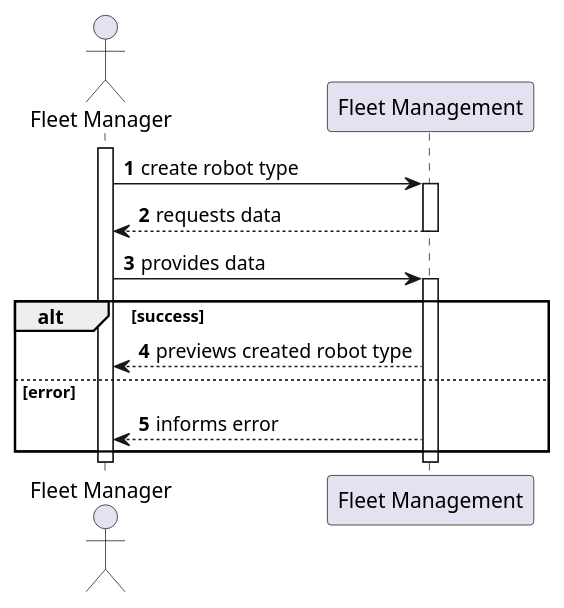
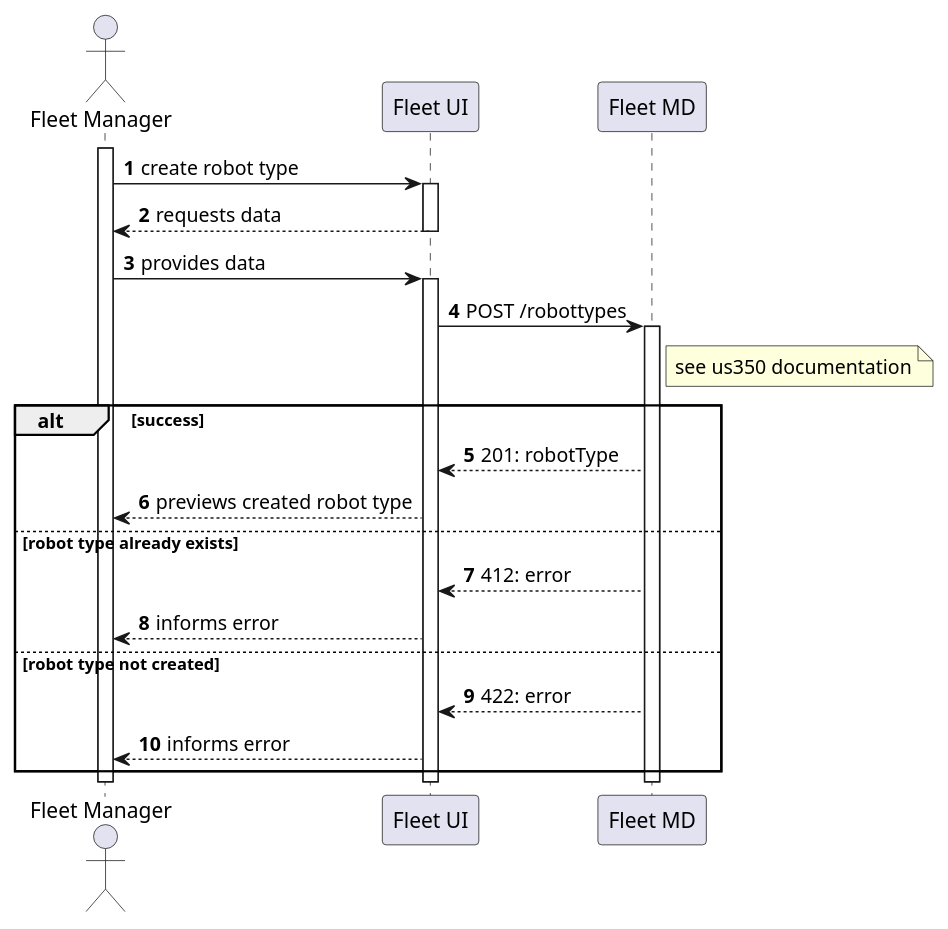
One commit to Departamento-de-Engenharia-Informatica/lapr5-23-24-g19 changed the diagram in docs/us1000/level2/process-view.puml. Above: the diagram before and after it, drawn with PlantUML. The commit also changed 5 other files, not shown here.

```diff
--- a/docs/us1000/level2/process-view.puml
+++ b/docs/us1000/level2/process-view.puml
@@ -1,24 +1,38 @@
 @startuml
 autonumber
 
 actor "Fleet Manager" as usr
 
-participant "Fleet Management" as mgm
+participant "Fleet UI" as ui
+
+'TODO: call it just 'MD'?
+participant "Fleet MD" as md
 
 activate usr
-    usr -> mgm : create robot type
-    activate mgm
-        mgm --> usr : requests data
-    deactivate mgm
+    usr -> ui : create robot type
+    activate ui
+        ui --> usr : requests data
+    deactivate ui
 
-    usr -> mgm : provides data
-    activate mgm
-    alt success
-        mgm --> usr : previews created robot type
-    else error
-        mgm --> usr : informs error
-    end
-    deactivate mgm
+    usr -> ui : provides data
+    activate ui
+        ui -> md : POST /robottypes
+
+        activate md
+        note right of md : see us350 documentation
+        alt success
+            md --> ui : 201: robotType
+            ui --> usr : previews created robot type
+        else robot type already exists
+            md --> ui : 412: error
+            ui --> usr : informs error
+        else robot type not created
+            md --> ui : 422: error
+            ui --> usr : informs error
+        end
+        deactivate md
+
+    deactivate ui
 deactivate usr
 
 @enduml
```
